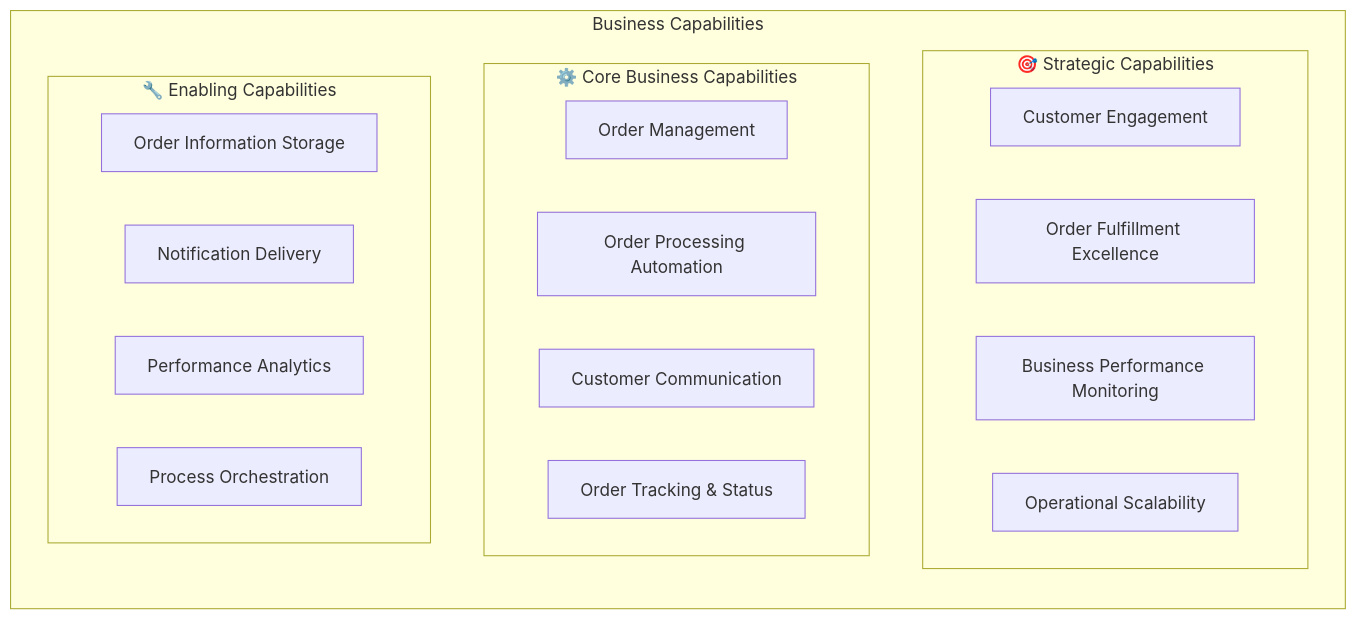
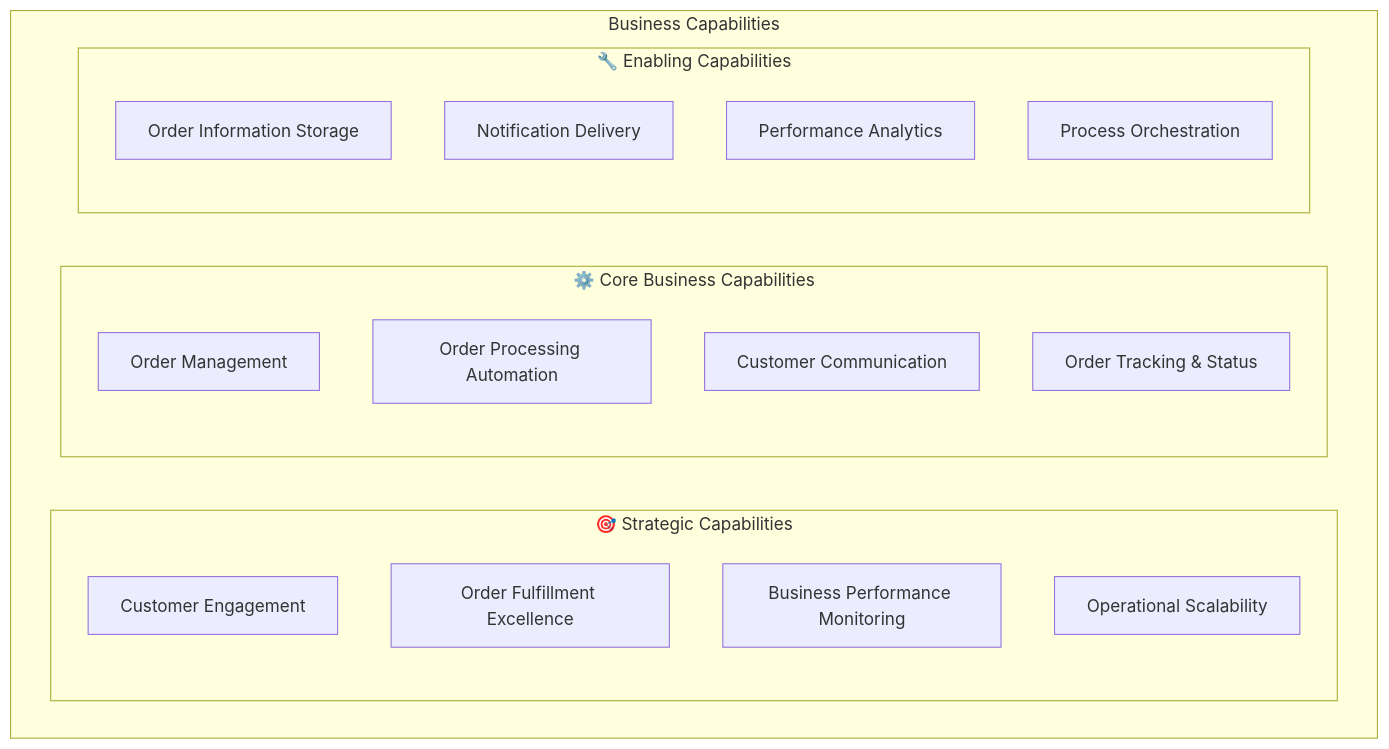
Before and after one commit to Evilazaro/Azure-LogicApps-Monitoring: the first of 8 diagrams in docs/architecture/business-architecture.md, drawn with Mermaid.

Commit message:
docs: Update flowchart direction for Strategic Capabilities in Business Architecture

````diff
--- a/docs/architecture/business-architecture.md
+++ b/docs/architecture/business-architecture.md
@@ -126,26 +126,26 @@
 ```mermaid
 flowchart TD
     subgraph businesscap["Business Capabilities"]
-        direction TB
         subgraph strategic["🎯 Strategic Capabilities"]
+            direction TB
             SC1["Customer Engagement"]
             SC2["Order Fulfillment Excellence"]
             SC3["Business Performance Monitoring"]
             SC4["Operational Scalability"]        
         end
         subgraph core["⚙️ Core Business Capabilities"]
             CC1["Order Management"]
             CC2["Order Processing Automation"]
             CC3["Customer Communication"]
             CC4["Order Tracking & Status"]
         end
         subgraph enabling["🔧 Enabling Capabilities"]
             EC1["Order Information Storage"]
             EC2["Notification Delivery"]
             EC3["Performance Analytics"]
             EC4["Process Orchestration"]
         end      
     end
     
 
 ```
````
